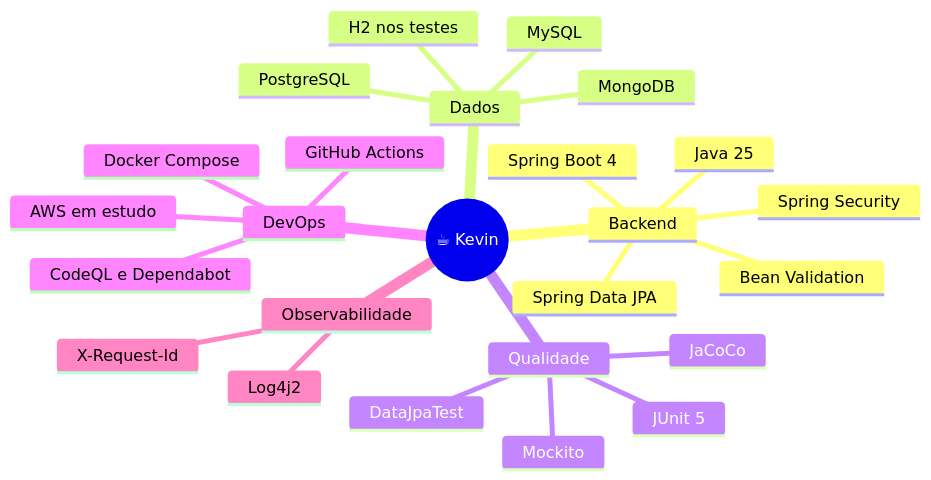
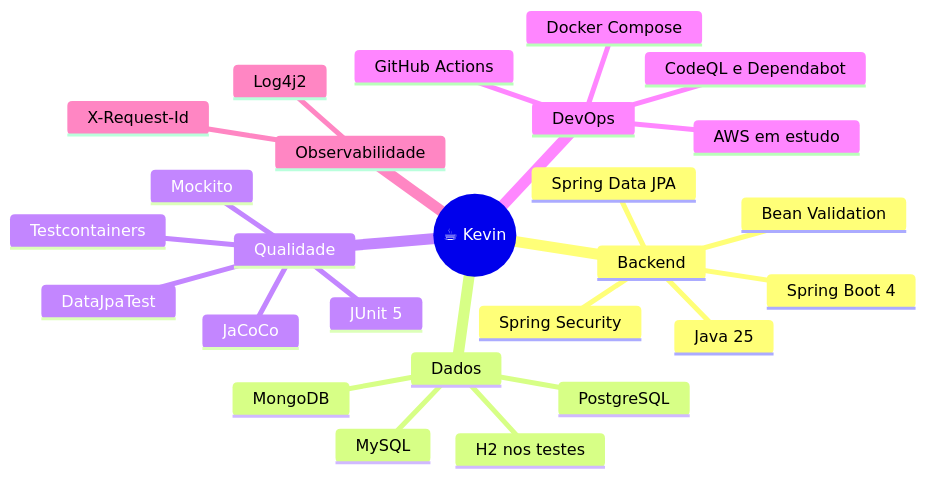
One commit to k3vinrich4rd/k3vinrich4rd changed diagram 19 of 22 in README.md. Above: the diagram before and after it, drawn with Mermaid. The commit also changed other lines of this file and 5 other files, not shown here.

````diff
--- a/README.md
+++ b/README.md
@@ -2239,28 +2270,29 @@
 ```mermaid
 mindmap
   root((☕ Kevin))
     Backend
       Java 25
       Spring Boot 4
       Spring Data JPA
       Spring Security
       Bean Validation
     Dados
       MySQL
       PostgreSQL
       MongoDB
       H2 nos testes
     Qualidade
       JUnit 5
       Mockito
       DataJpaTest
+      Testcontainers
       JaCoCo
     DevOps
       Docker Compose
       GitHub Actions
       CodeQL e Dependabot
       AWS em estudo
     Observabilidade
       Log4j2
       X-Request-Id
 ```
````
